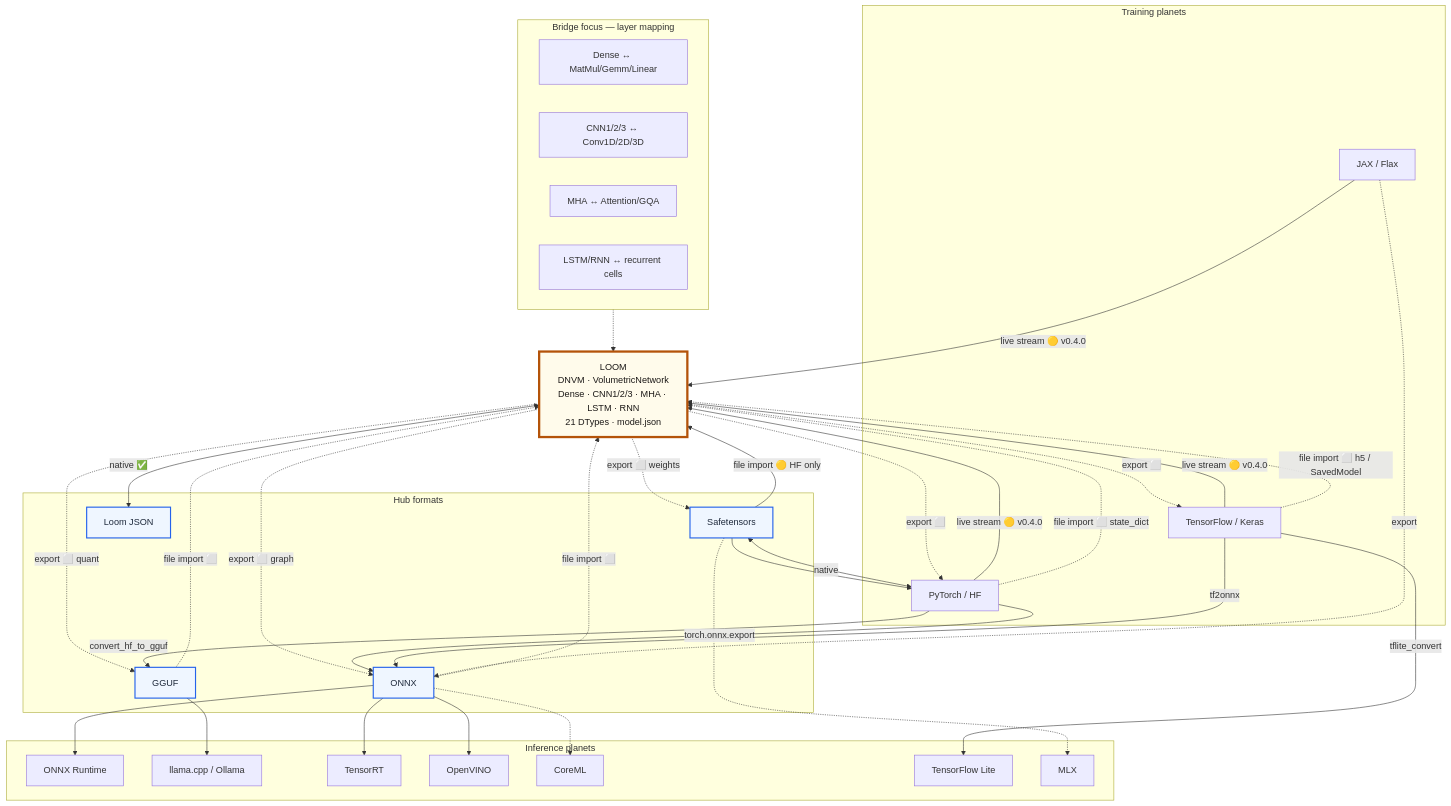
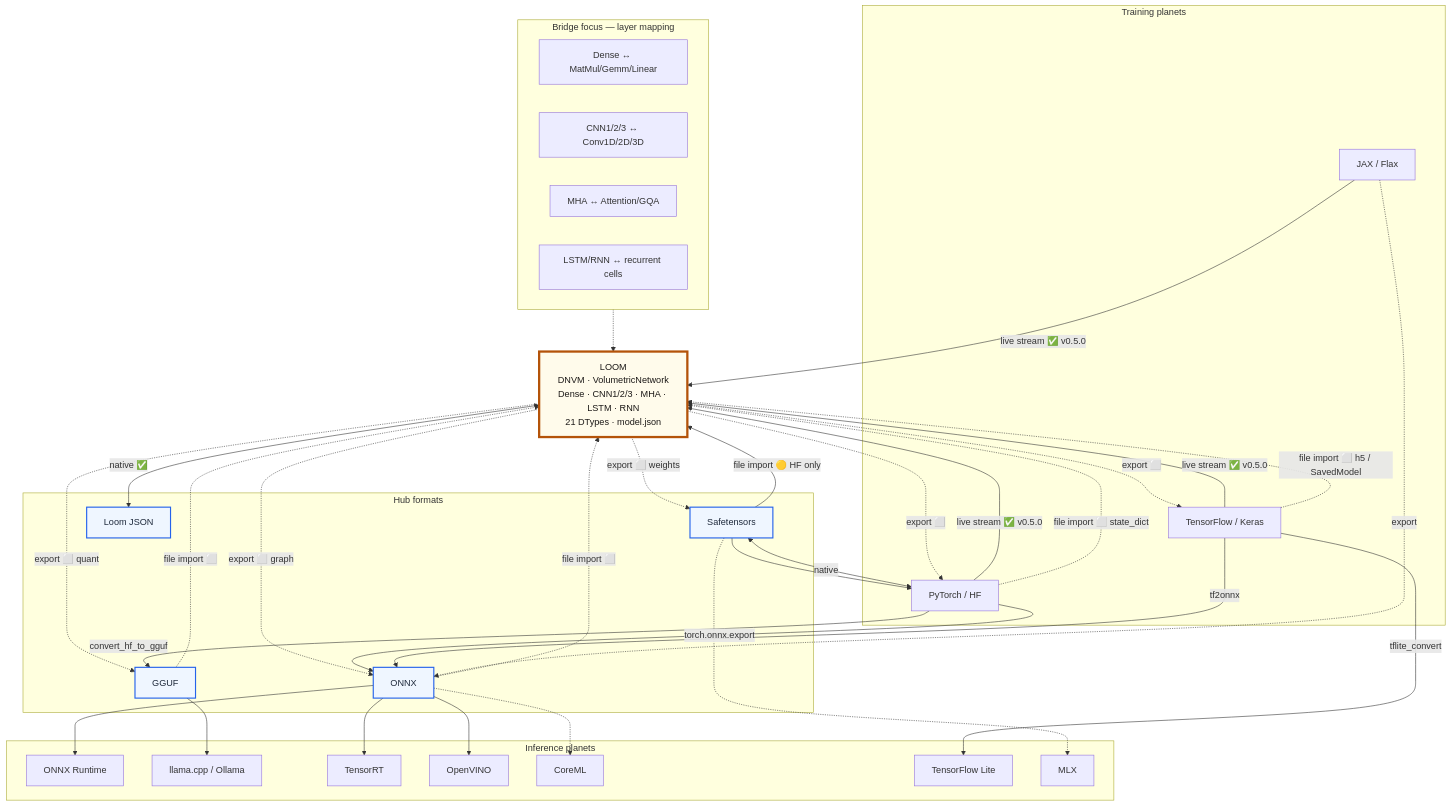
Before and after one commit to openfluke/planetbridging: the second of 2 diagrams in README.md, drawn with Mermaid. The commit also changed other lines of this file and 20 other files, not shown here.

```diff
--- a/README.md
+++ b/README.md
@@ -273,10 +275,10 @@
     %% Loom native
     LOOM <-->|"native ✅"| LJ
 
-    %% Into Loom — v0.4.0 live stream (partial)
-    PT -->|"live stream 🟡 v0.4.0"| LOOM
-    TF -->|"live stream 🟡 v0.4.0"| LOOM
-    JAX -->|"live stream 🟡 v0.4.0"| LOOM
+    %% Into Loom — v0.5.0 live stream (complete)
+    PT -->|"live stream ✅ v0.5.0"| LOOM
+    TF -->|"live stream ✅ v0.5.0"| LOOM
+    JAX -->|"live stream ✅ v0.5.0"| LOOM
 
     %% Into Loom — file import (v1.x)
     ST -->|"file import 🟡 HF only"| LOOM
```
